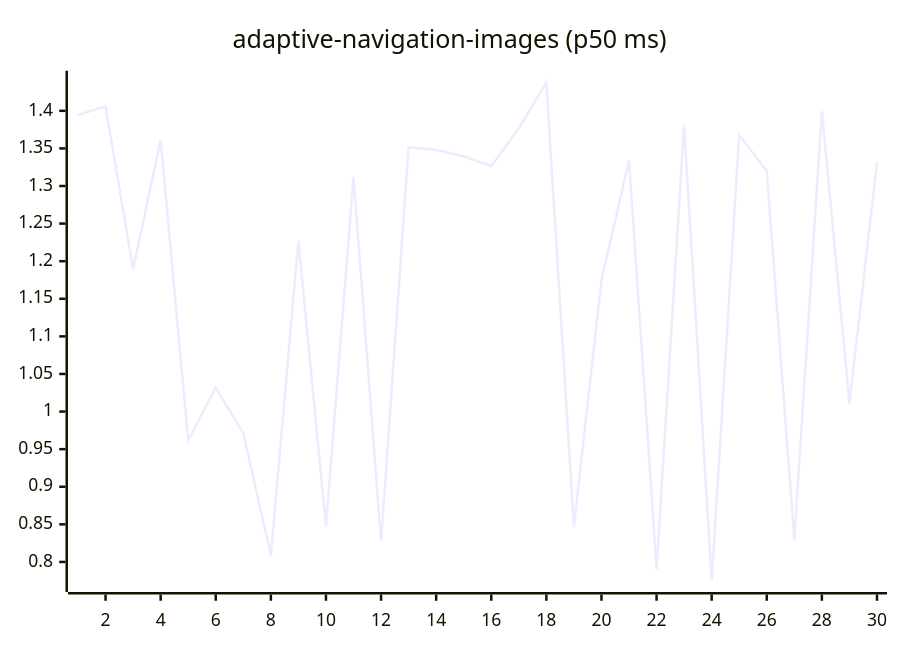
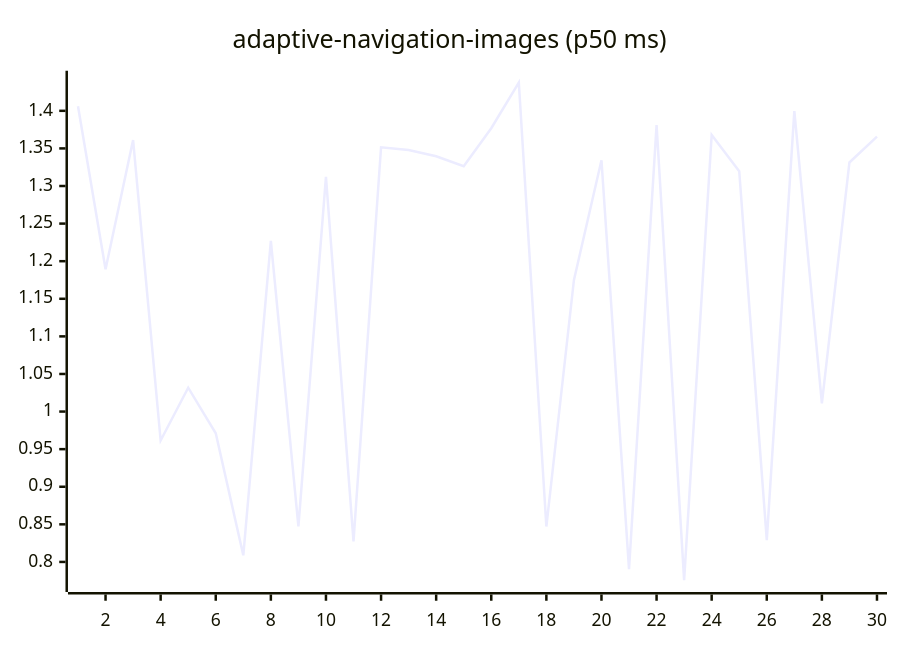
The first of 27 diagrams in README.md (josha/Facet), drawn with Mermaid before and after one commit. The commit also changed other lines of this file and 2 other files, not shown here.

````diff
--- a/README.md
+++ b/README.md
@@ -63,6 +63,6 @@
 ```mermaid
 xychart-beta
     title "adaptive-navigation-images (p50 ms)"
     x-axis 1 --> 30
-    line [1.3944, 1.4060, 1.1893, 1.3612, 0.9615, 1.0317, 0.9711, 0.8088, 1.2271, 0.8473, 1.3121, 0.8274, 1.3515, 1.3479, 1.3395, 1.3263, 1.3769, 1.4375, 0.8471, 1.1748, 1.3343, 0.7905, 1.3810, 0.7758, 1.3680, 1.3197, 0.8291, 1.3996, 1.0110, 1.3313]
+    line [1.4060, 1.1893, 1.3612, 0.9615, 1.0317, 0.9711, 0.8088, 1.2271, 0.8473, 1.3121, 0.8274, 1.3515, 1.3479, 1.3395, 1.3263, 1.3769, 1.4375, 0.8471, 1.1748, 1.3343, 0.7905, 1.3810, 0.7758, 1.3680, 1.3197, 0.8291, 1.3996, 1.0110, 1.3313, 1.3656]
 ```
````
